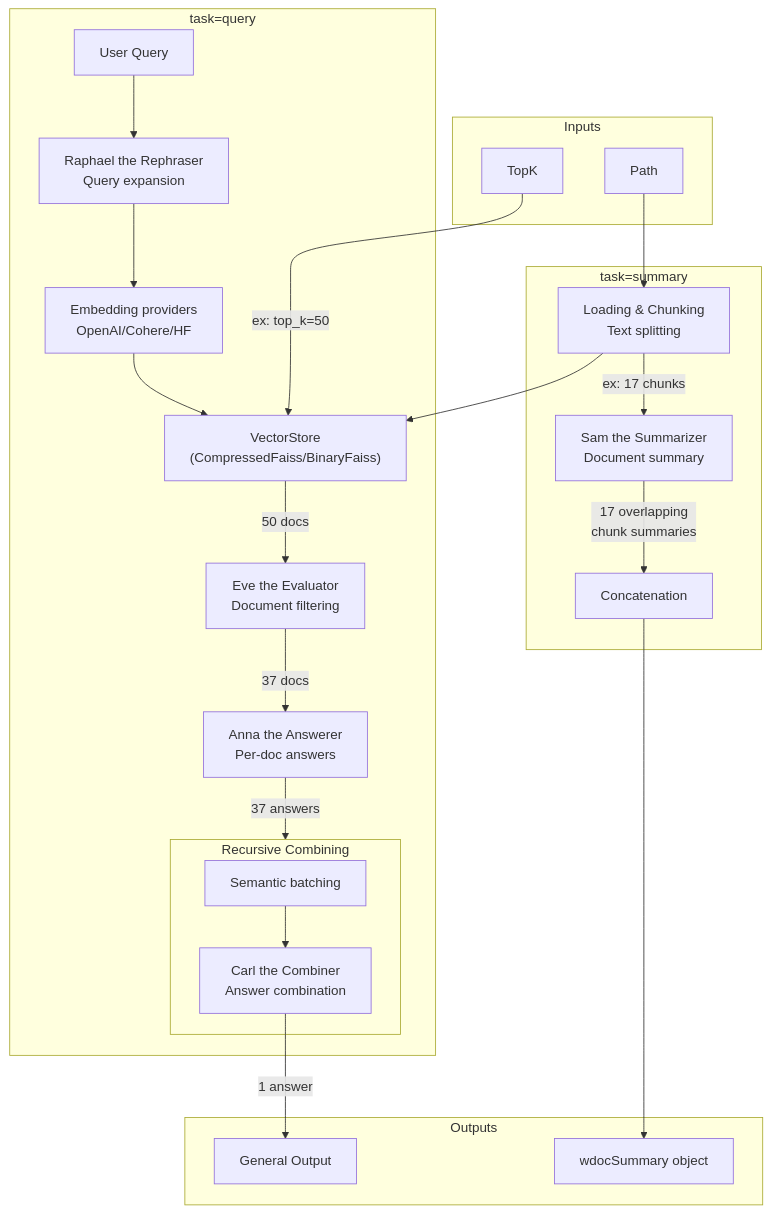
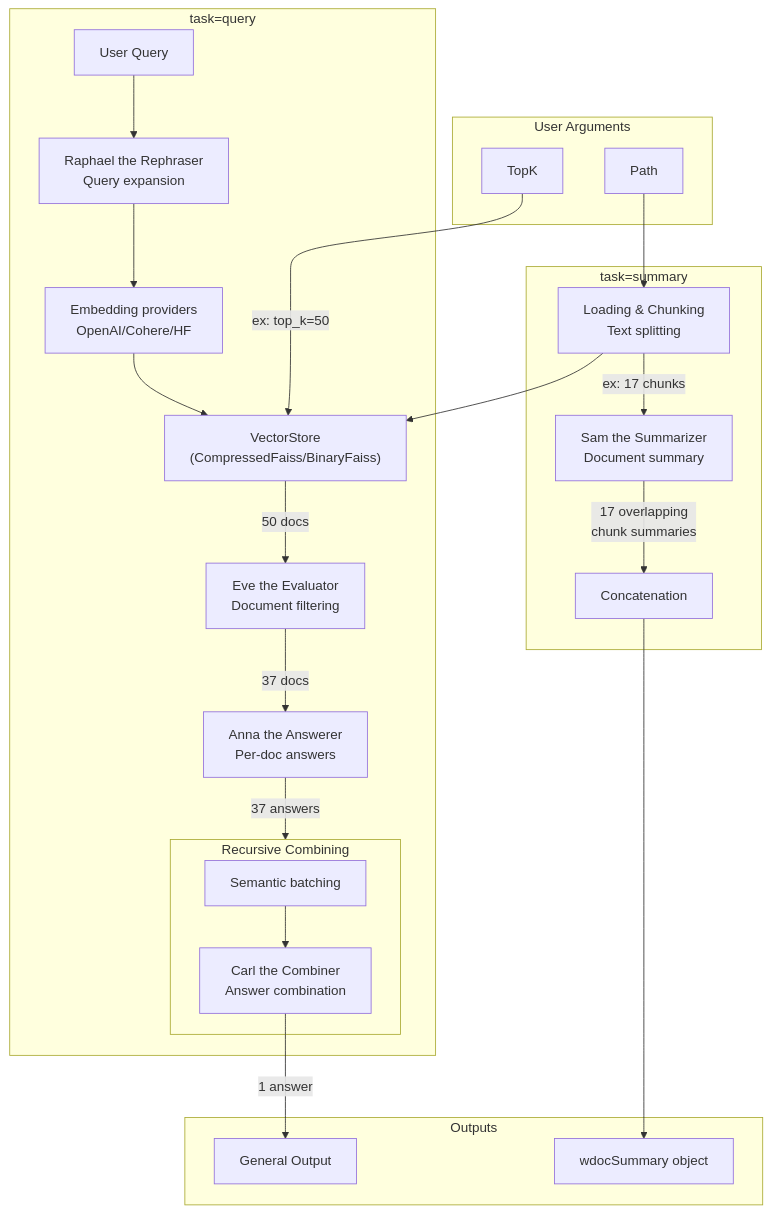
Before and after one commit to thiswillbeyourgithub/wdoc: the diagram in images/diagram.mmd, drawn with Mermaid.

```diff
--- a/images/diagram.mmd
+++ b/images/diagram.mmd
@@ -1,47 +1,47 @@
 flowchart TD
-    subgraph Inputs["Inputs"]
+    subgraph Inputs["User Arguments"]
         Path["Path"]
         TopK["TopK"]
     end
 
     Embeddings["Embedding providers<br/>OpenAI/Cohere/HF"]
     VectorStore["VectorStore<br/>(CompressedFaiss/BinaryFaiss)"]
     Chunker["Loading & Chunking<br/>Text splitting"]
 
     Path --> Chunker
     Chunker --> VectorStore
     Embeddings --> VectorStore
 
     subgraph Outputs["Outputs"]
         QueryOutput["General Output"]
         SummaryOutput["wdocSummary object"]
     end
 
     subgraph QueryTask["task=query"]
         UserQuery["User Query"]
         Raphael["Raphael the Rephraser<br/>Query expansion"]
         Eve["Eve the Evaluator<br/>Document filtering"]
         Anna["Anna the Answerer<br/>Per-doc answers"]
         
         subgraph RecursiveCombining["Recursive Combining"]
             SemanticBatching["Semantic batching"]
             Carl["Carl the Combiner<br/>Answer combination"]
             SemanticBatching --> Carl
         end
         
         UserQuery --> Raphael
         Raphael --> Embeddings
         TopK -->|ex: top_k=50| VectorStore
         VectorStore -->|50 docs| Eve
         Eve -->|37 docs| Anna
         Anna -->|37 answers| RecursiveCombining
         Carl -->|1 answer| QueryOutput
     end
 
     subgraph SummaryTask["task=summary"]
         Sam["Sam the Summarizer<br/>Document summary"]
         Concatenation["Concatenation"]
         Chunker -->|ex: 17 chunks| Sam
         Sam -->|17 overlapping<br/>chunk summaries| Concatenation
         Concatenation --> SummaryOutput
     end
```
